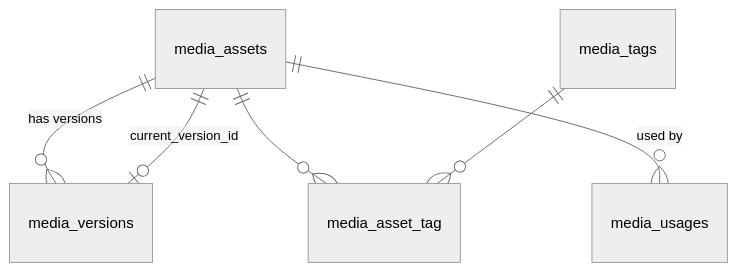
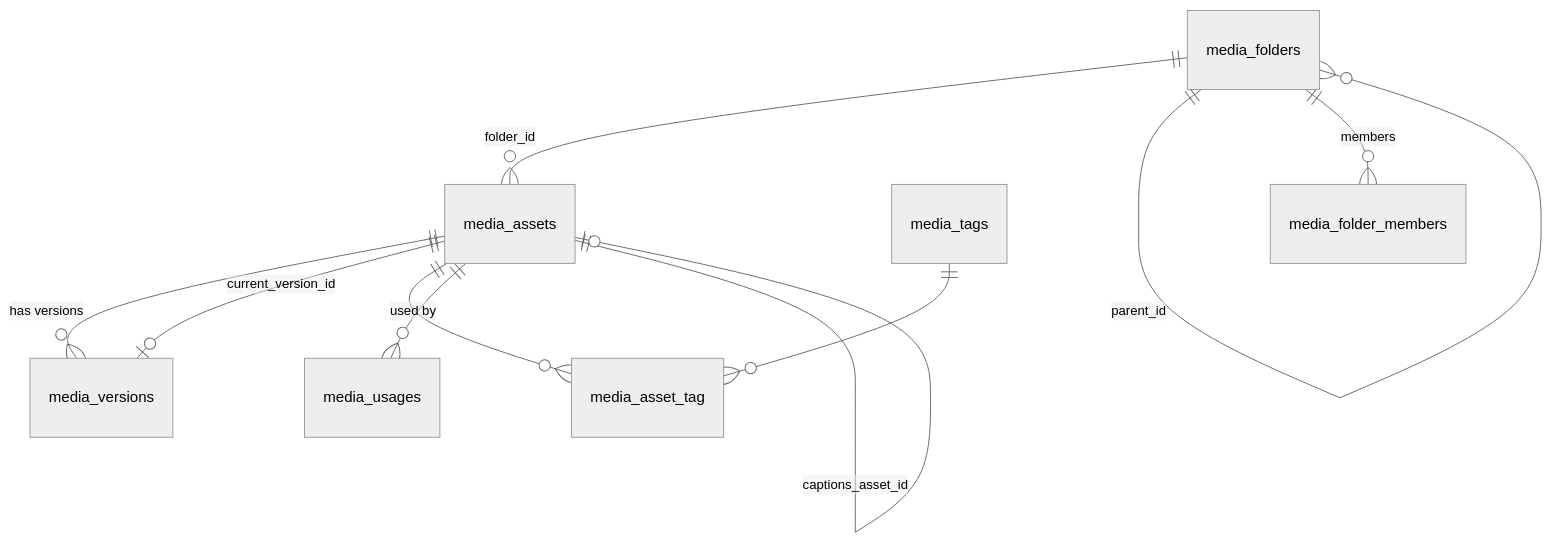
One commit to BanyanCMS/filament-media-library changed the diagram in README.md. Above: the diagram before and after it, drawn with Mermaid (neutral theme). The commit also changed other lines of this file and 134 other files, not shown here.

````diff
--- a/README.md
+++ b/README.md
@@ -457,8 +870,12 @@
 ```mermaid
 erDiagram
     media_assets ||--o{ media_versions : "has versions"
     media_assets ||--o| media_versions : "current_version_id"
     media_assets ||--o{ media_asset_tag : ""
     media_tags ||--o{ media_asset_tag : ""
     media_assets ||--o{ media_usages : "used by"
+    media_folders ||--o{ media_assets : "folder_id"
+    media_folders ||--o{ media_folders : "parent_id"
+    media_folders ||--o{ media_folder_members : "members"
+    media_assets ||--o| media_assets : "captions_asset_id"
 ```
````
